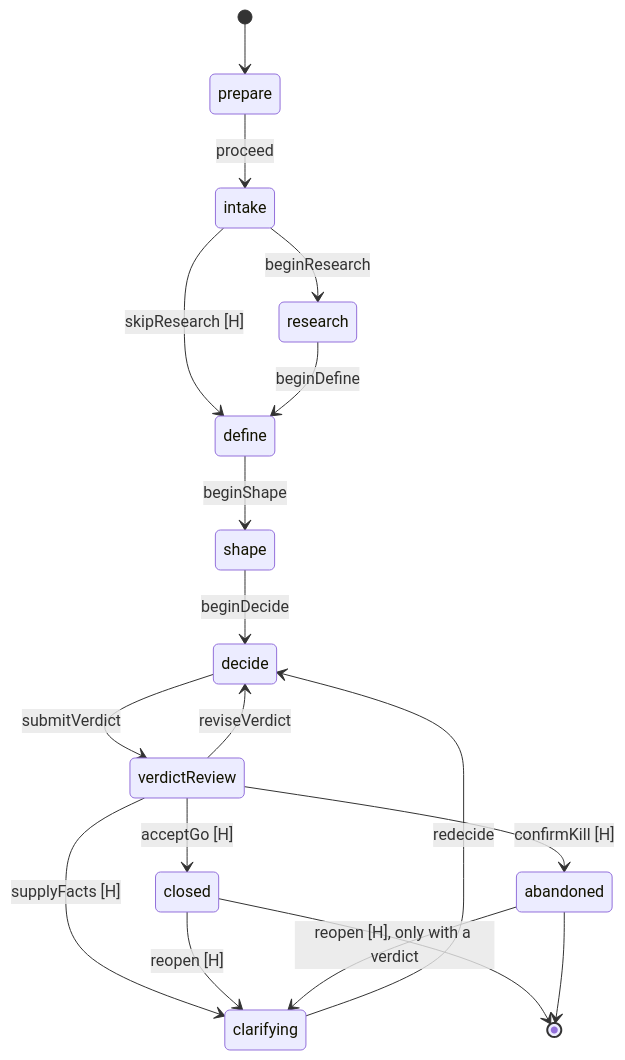
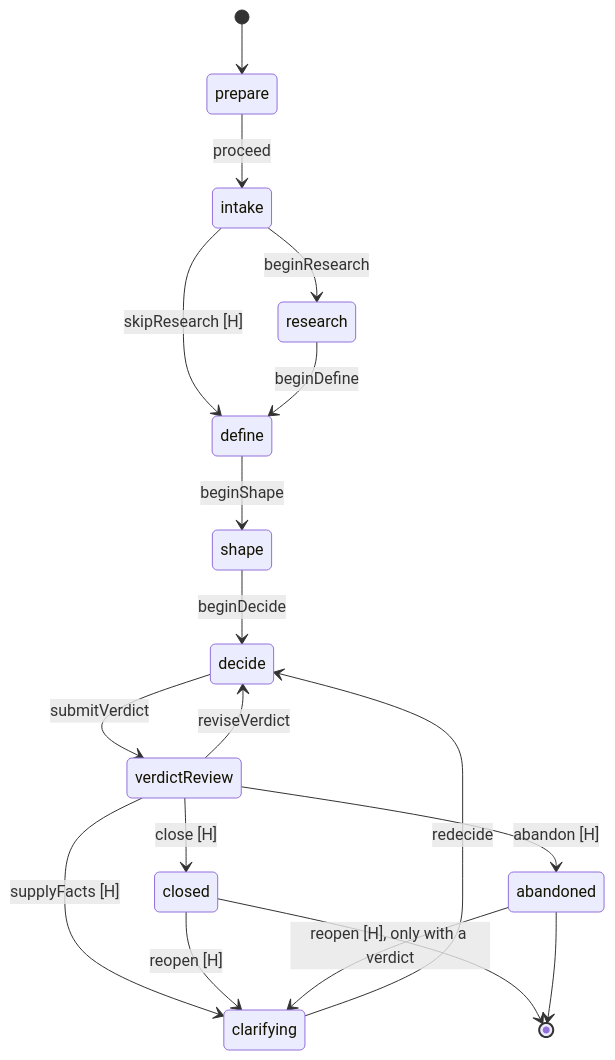
One commit to dsschneidermann-org/pasta-dev changed the first of 4 diagrams in docs/speckit-workflows.md. Above: the diagram before and after it, drawn with Mermaid. The commit also changed other lines of this file and 5 other files, not shown here.

First line of the commit message:
Use pasta's words in the Spec Kit text: ship or close, abandon, the constitution field and commands

````diff
--- a/docs/speckit-workflows.md
+++ b/docs/speckit-workflows.md
@@ -136,20 +136,20 @@
 ```mermaid
 stateDiagram-v2
   [*] --> prepare
   prepare --> intake: proceed
   intake --> research: beginResearch
   intake --> define: skipResearch [H]
   research --> define: beginDefine
   define --> shape: beginShape
   shape --> decide: beginDecide
   decide --> verdictReview: submitVerdict
-  verdictReview --> closed: acceptGo [H]
-  verdictReview --> abandoned: confirmKill [H]
+  verdictReview --> closed: close [H]
+  verdictReview --> abandoned: abandon [H]
   verdictReview --> clarifying: supplyFacts [H]
   verdictReview --> decide: reviseVerdict
   clarifying --> decide: redecide
   closed --> clarifying: reopen [H]
   abandoned --> clarifying: reopen [H], only with a verdict
   closed --> [*]
   abandoned --> [*]
 ```
````
